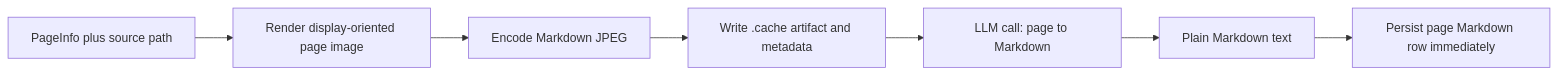
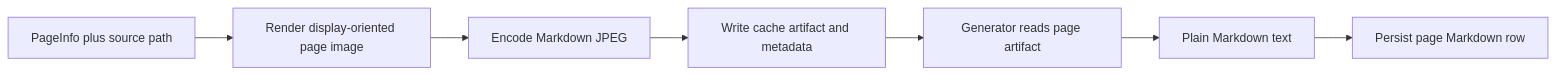
The second of 3 diagrams in docs/page-markdown-pipeline.md (agus-works/trapo), drawn with Mermaid before and after one commit. The commit also changed other lines of this file and 151 other files, not shown here.

````diff
--- a/docs/page-markdown-pipeline.md
+++ b/docs/page-markdown-pipeline.md
@@ -181,9 +99,9 @@
 ```mermaid
 flowchart LR
     A[PageInfo plus source path] --> B[Render display-oriented page image]
-        B --> C[Encode Markdown JPEG]
-        C --> D[Write .cache artifact and metadata]
-        D --> E[LLM call: page to Markdown]
-        E --> F[Plain Markdown text]
-        F --> G[Persist page Markdown row immediately]
+    B --> C[Encode Markdown JPEG]
+    C --> D[Write cache artifact and metadata]
+    D --> E[Generator reads page artifact]
+    E --> F[Plain Markdown text]
+    F --> G[Persist page Markdown row]
 ```
````
